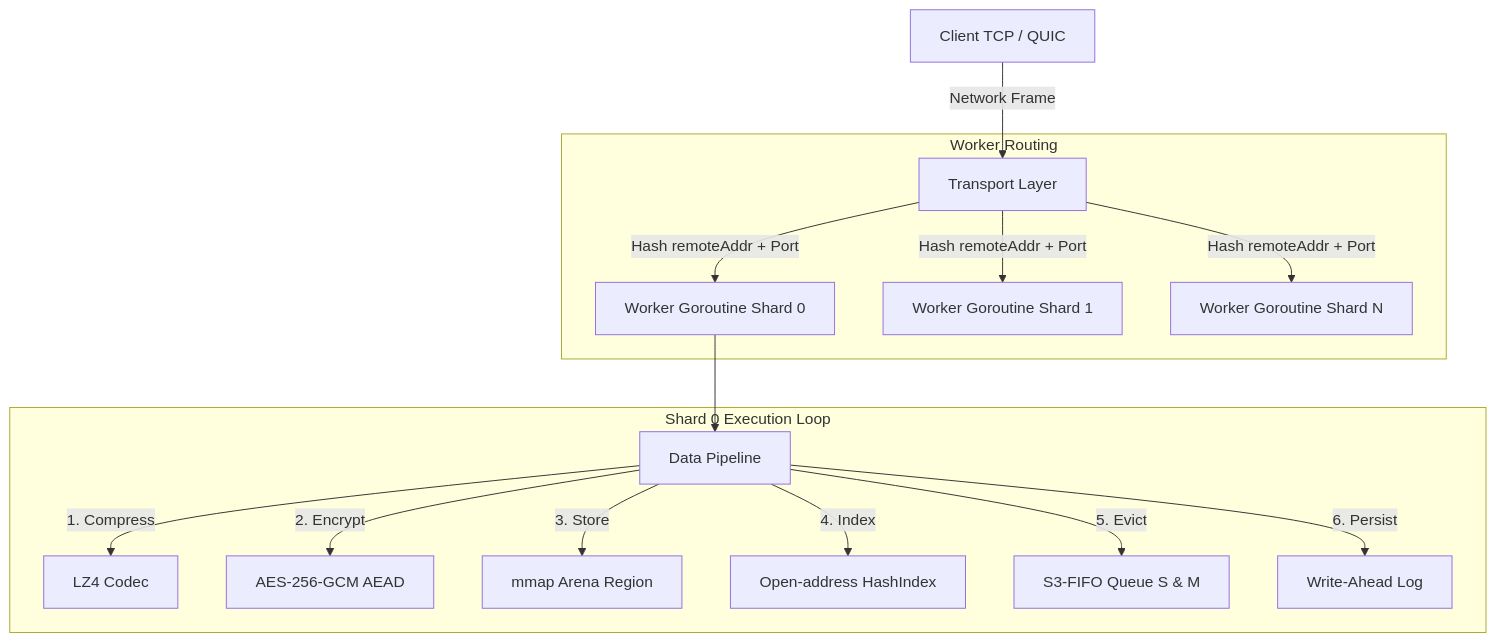
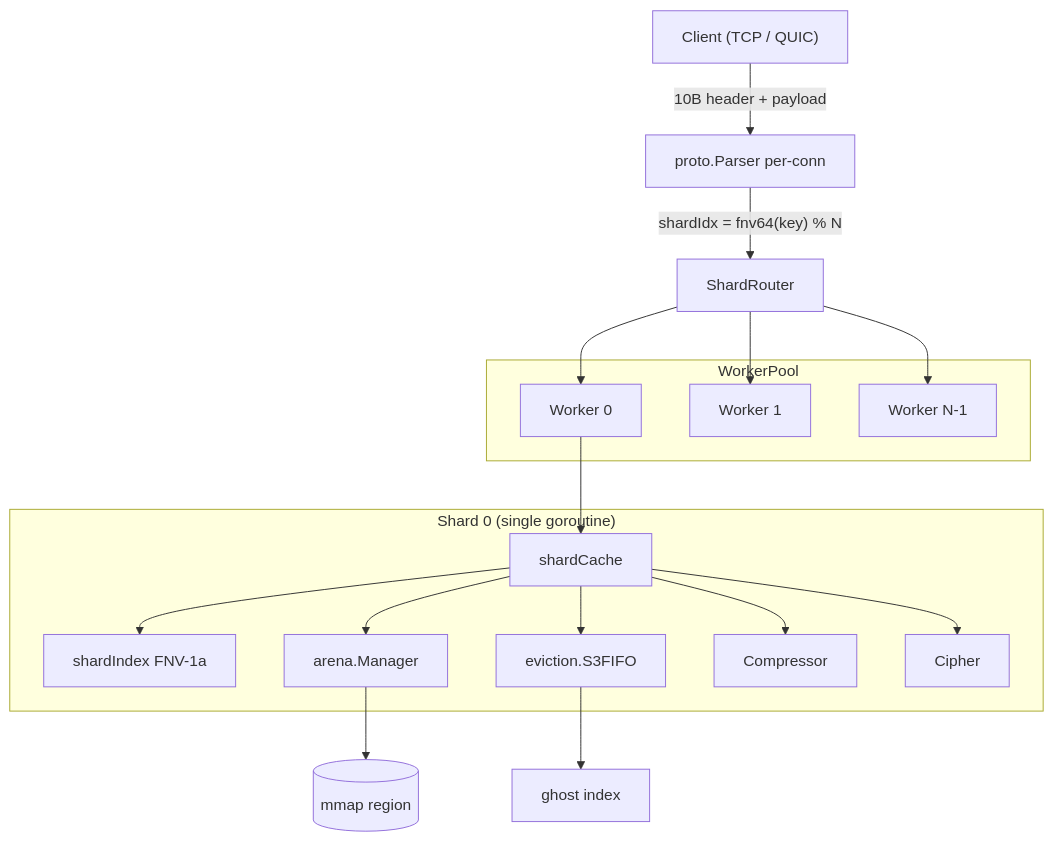
One commit to kshishtovsky/horreum changed the first of 3 diagrams in docs/architecture.md. Above: the diagram before and after it, drawn with Mermaid. The commit also changed other lines of this file and 20 other files, not shown here.

````diff
--- a/docs/architecture.md
+++ b/docs/architecture.md
@@ -11,20 +15,28 @@
 ```mermaid
-graph TD
-    Client[Client TCP / QUIC] -->|Network Frame| Transport[Transport Layer]
-    
-    subgraph Worker Routing
-        Transport -->|Hash remoteAddr + Port| Worker1[Worker Goroutine Shard 0]
-        Transport -->|Hash remoteAddr + Port| Worker2[Worker Goroutine Shard 1]
-        Transport -->|Hash remoteAddr + Port| Worker3[Worker Goroutine Shard N]
+graph TB
+    Client["Client (TCP / QUIC)"] -->|"10B header + payload"| Parser[proto.Parser per-conn]
+
+    Parser -->|"shardIdx = fnv64(key) % N"| Router[ShardRouter]
+
+    subgraph WorkerPool
+        W0[Worker 0]
+        W1[Worker 1]
+        Wn[Worker N-1]
     end
 
-    subgraph Shard 0 Execution Loop
-        Worker1 --> Pipeline[Data Pipeline]
-        Pipeline -->|1. Compress| LZ4[LZ4 Codec]
-        Pipeline -->|2. Encrypt| AES[AES-256-GCM AEAD]
-        Pipeline -->|3. Store| Arena[mmap Arena Region]
-        Pipeline -->|4. Index| Index[Open-address HashIndex]
-        Pipeline -->|5. Evict| S3FIFO[S3-FIFO Queue S & M]
-        Pipeline -->|6. Persist| WAL[Write-Ahead Log]
+    Router --> W0
+    Router --> W1
+    Router --> Wn
+
+    subgraph Shard0 ["Shard 0 (single goroutine)"]
+        W0 --> SC0[shardCache]
+        SC0 --> IDX0[shardIndex FNV-1a]
+        SC0 --> MGR0[arena.Manager]
+        SC0 --> EV0[eviction.S3FIFO]
+        SC0 --> COMP0[Compressor]
+        SC0 --> CIP0[Cipher]
     end
+
+    MGR0 --> MM0[(mmap region)]
+    EV0 --> G0[ghost index]
 ```
````
